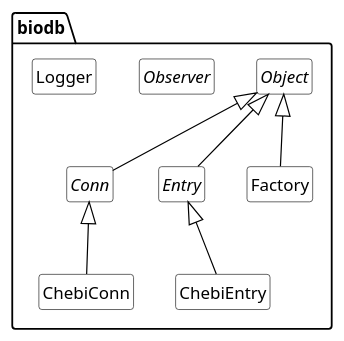
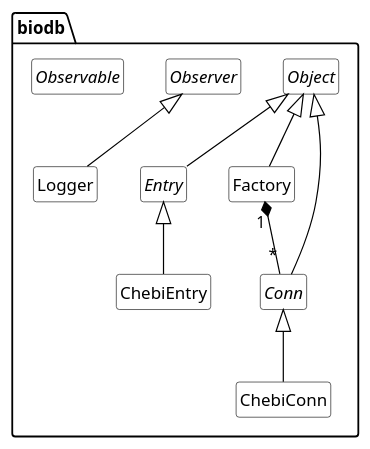
Before and after one commit to ceabiodb/biodb: the diagram in doc/class-diagram.pu, drawn with PlantUML. The commit also changed 1 other file, not shown here.

Commit message:
Add relation to UML diagram.

```diff
--- a/doc/class-diagram.pu
+++ b/doc/class-diagram.pu
@@ -1,27 +1,35 @@
 @startuml
 
 skinparam classBackgroundColor white
 skinparam classArrowColor black
 skinparam classBorderColor black
 skinparam shadowing false
 hide empty members
 hide circle
 
 namespace biodb {
+
+	' Classes
 	abstract class Object
 	abstract class Conn
 	abstract class Entry
 	class Factory
 	class ChebiConn
 	class ChebiEntry
 	abstract class Observer
 	class Logger
+	abstract class Observable
 
+	' Hierarchy
 	Object <|-- Conn
 	Object <|-- Entry
 	Object <|-- Factory
 	Conn <|-- ChebiConn
 	Entry <|-- ChebiEntry
+	Observer <|-- Logger
+
+	' Relations
+	Factory "1" *-- "*" Conn
 }
 
 @enduml
```
